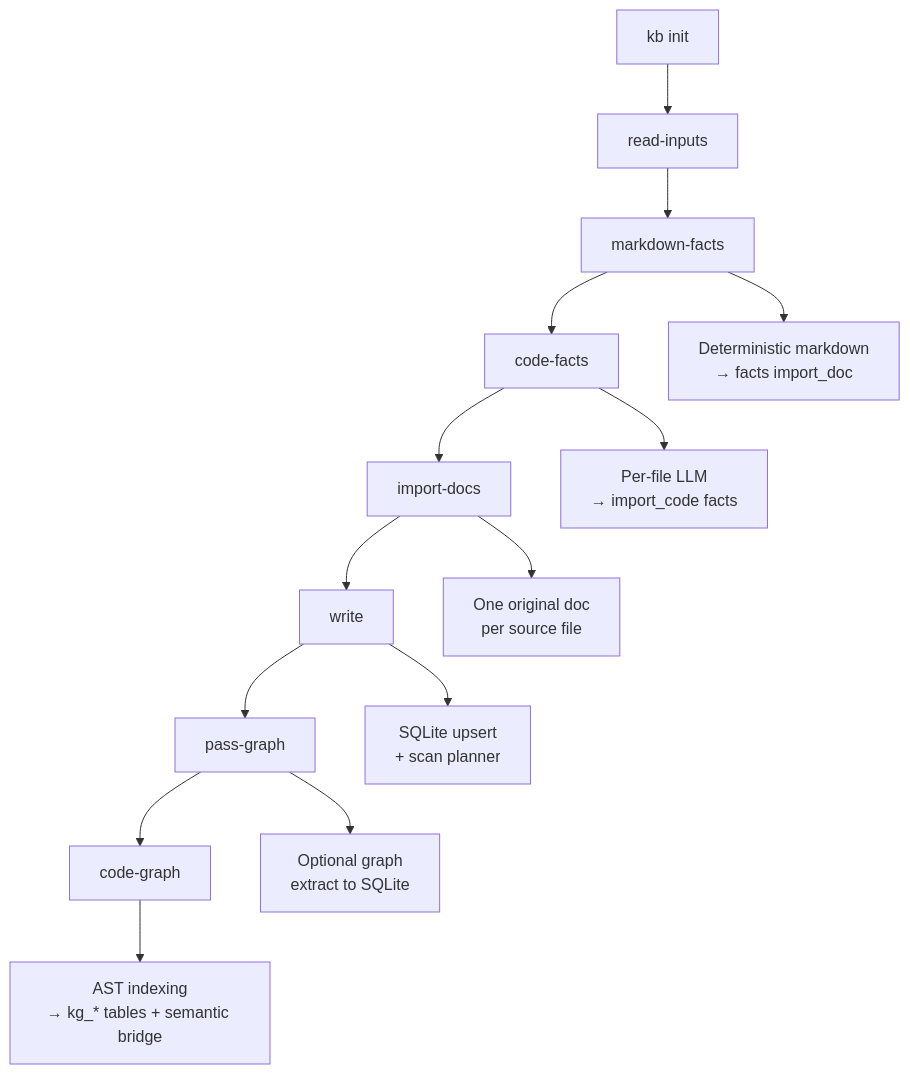
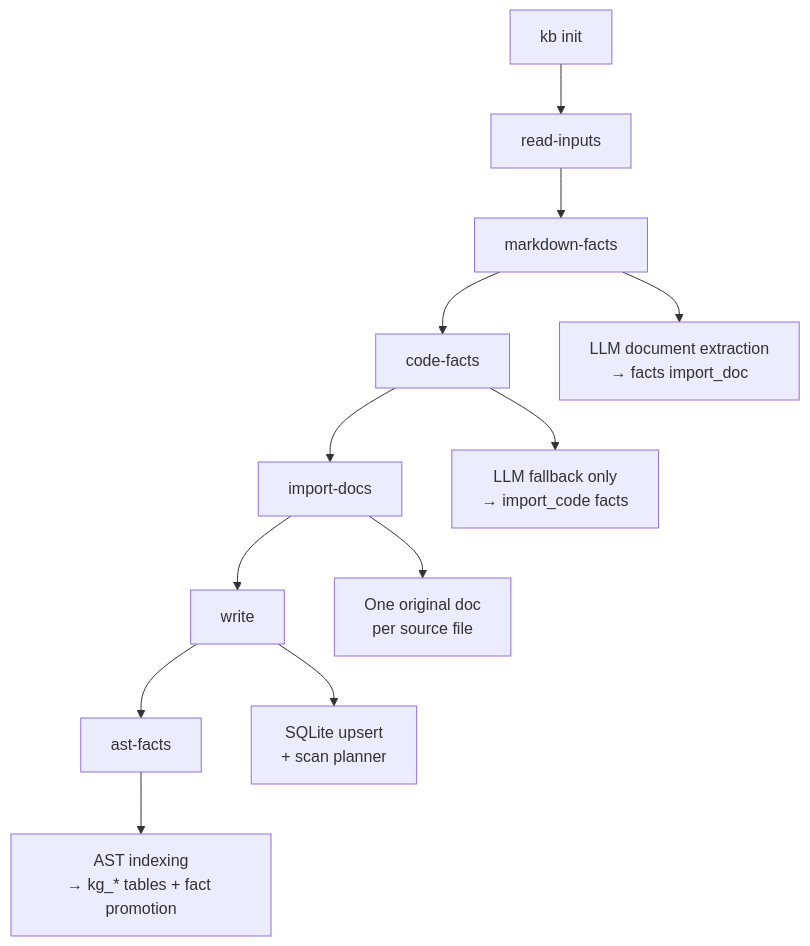
Before and after one commit to rosenjcb/kb: the second of 2 diagrams in src/core/INIT.md, drawn with Mermaid. The commit also changed other lines of this file and 9 other files, not shown here.

````diff
--- a/src/core/INIT.md
+++ b/src/core/INIT.md
@@ -30,17 +30,15 @@
 ```mermaid
 flowchart TD
     A[kb init] --> R[read-inputs]
     R --> MF[markdown-facts]
     MF --> CF[code-facts]
     CF --> IM[import-docs]
     IM --> W[write]
-    W --> PG[pass-graph]
-    PG --> CG[code-graph]
+    W --> AF[ast-facts]
 
-    MF --> MF1["Deterministic markdown\n→ facts import_doc"]
-    CF --> CF1["Per-file LLM\n→ import_code facts"]
+    MF --> MF1["LLM document extraction\n→ facts import_doc"]
+    CF --> CF1["LLM fallback only\n→ import_code facts"]
     IM --> IM1["One original doc\nper source file"]
     W --> W1["SQLite upsert\n+ scan planner"]
-    PG --> PG1["Optional graph\nextract to SQLite"]
-    CG --> CG1["AST indexing\n→ kg_* tables + semantic bridge"]
+    AF --> AF1["AST indexing\n→ kg_* tables + fact promotion"]
 ```
````
